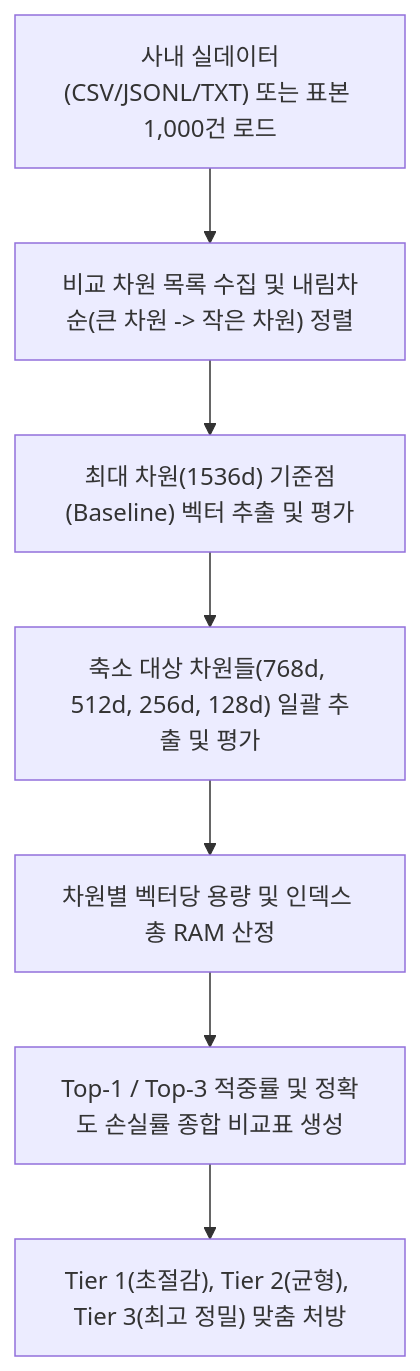
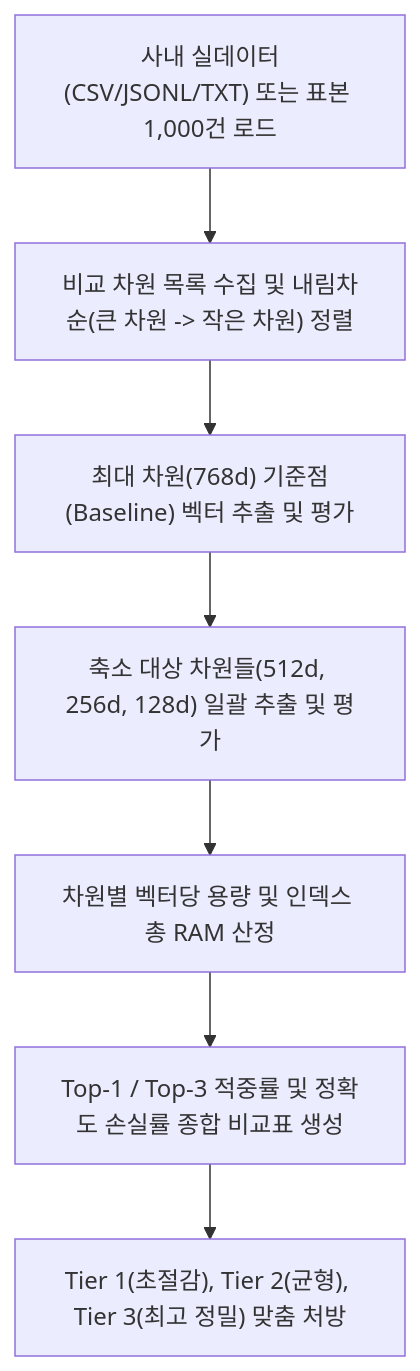
The diagram in samples/embedding-dimension-tradeoff-analyzer/README.md (jiangjun-forge/google-cloud-0-to-1), drawn with Mermaid before and after one commit. The commit also changed other lines of this file and 4 other files, not shown here.

````diff
--- a/samples/embedding-dimension-tradeoff-analyzer/README.md
+++ b/samples/embedding-dimension-tradeoff-analyzer/README.md
@@ -39,9 +39,9 @@
 ```mermaid
 graph TD
     A["사내 실데이터(CSV/JSONL/TXT) 또는 표본 1,000건 로드"] --> B["비교 차원 목록 수집 및 내림차순(큰 차원 -> 작은 차원) 정렬"]
-    B --> C["최대 차원(1536d) 기준점(Baseline) 벡터 추출 및 평가"]
-    C --> D["축소 대상 차원들(768d, 512d, 256d, 128d) 일괄 추출 및 평가"]
+    B --> C["최대 차원(768d) 기준점(Baseline) 벡터 추출 및 평가"]
+    C --> D["축소 대상 차원들(512d, 256d, 128d) 일괄 추출 및 평가"]
     D --> E["차원별 벡터당 용량 및 인덱스 총 RAM 산정"]
     E --> F["Top-1 / Top-3 적중률 및 정확도 손실률 종합 비교표 생성"]
     F --> G["Tier 1(초절감), Tier 2(균형), Tier 3(최고 정밀) 맞춤 처방"]
 ```
````
